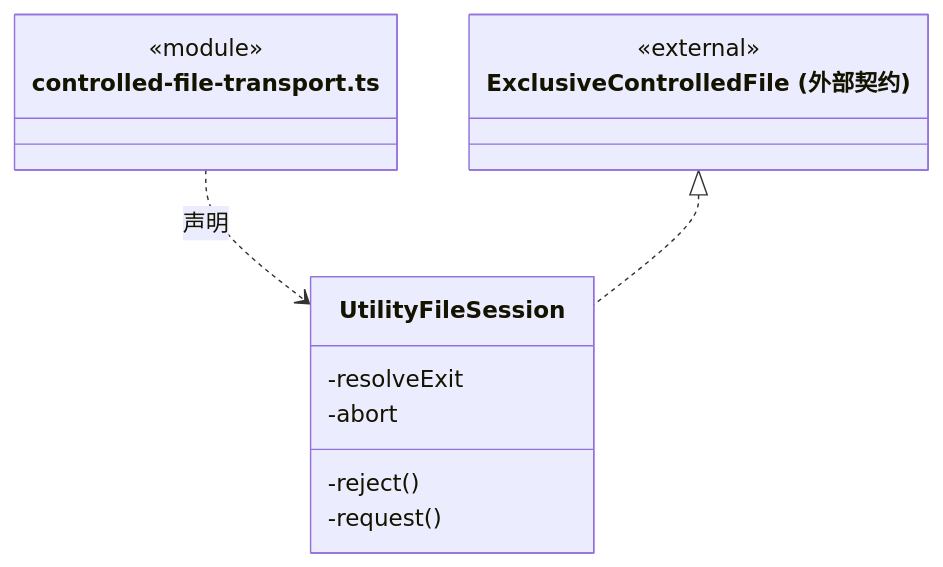
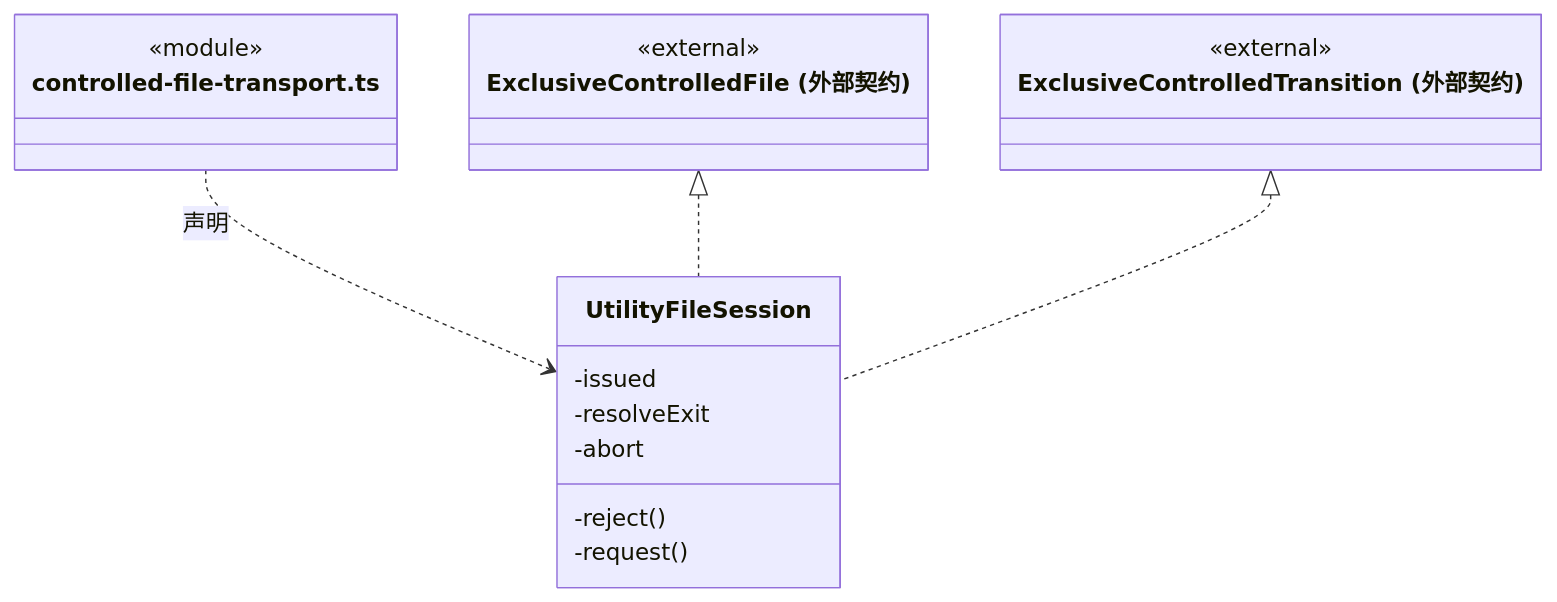
The ninth of 20 diagrams in src/backend/main/platform/ARCHITECTURE.md (nan023062/cbim), drawn with Mermaid before and after one commit. The commit also changed other lines of this file and 62 other files, not shown here.

````diff
--- a/src/backend/main/platform/ARCHITECTURE.md
+++ b/src/backend/main/platform/ARCHITECTURE.md
@@ -205,17 +225,22 @@
 ```mermaid
 classDiagram
 class N_src_backend_main_platform_controlled_file_transport_ts["controlled-file-transport.ts"] {
   <<module>>
 }
 class N_src_backend_main_platform_controlled_file_transport_ts_UtilityFileSession["UtilityFileSession"] {
+  -issued
   -resolveExit
   -abort
   -reject()
   -request()
 }
 N_src_backend_main_platform_controlled_file_transport_ts ..> N_src_backend_main_platform_controlled_file_transport_ts_UtilityFileSession : 声明
 class N_src_backend_main_platform_controlled_file_transport_ts_external_ExclusiveControlledFile["ExclusiveControlledFile (外部契约)"] {
   <<external>>
 }
 N_src_backend_main_platform_controlled_file_transport_ts_external_ExclusiveControlledFile <|.. N_src_backend_main_platform_controlled_file_transport_ts_UtilityFileSession
+class N_src_backend_main_platform_controlled_file_transport_ts_external_ExclusiveControlledTransition["ExclusiveControlledTransition (外部契约)"] {
+  <<external>>
+}
+N_src_backend_main_platform_controlled_file_transport_ts_external_ExclusiveControlledTransition <|.. N_src_backend_main_platform_controlled_file_transport_ts_UtilityFileSession
 ```
````
